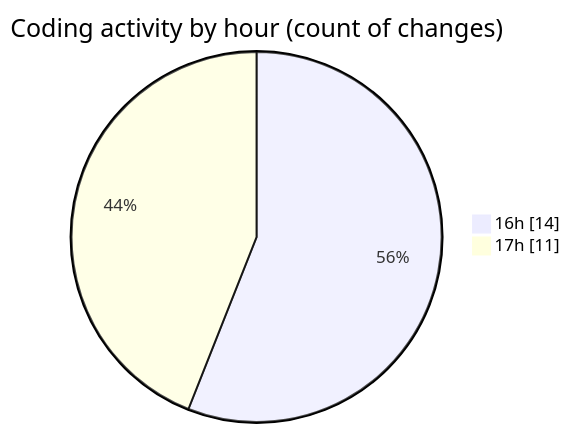
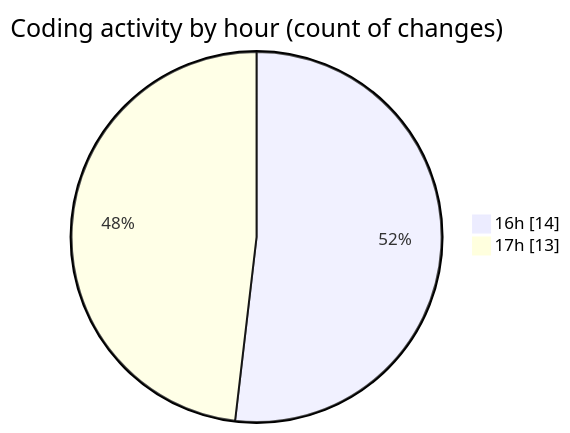
Before and after one commit to Elitesun/code-tracking: the second of 2 diagrams in 2025-01-31/flask/README.md, drawn with Mermaid. The commit also changed other lines of this file and 1 other file, not shown here.

````diff
--- a/2025-01-31/flask/README.md
+++ b/2025-01-31/flask/README.md
@@ -35,6 +35,6 @@
 ```mermaid
 pie showData
 title Coding activity by hour (count of changes)
 "16h" : 14
-"17h" : 11
+"17h" : 13
 ```
````
